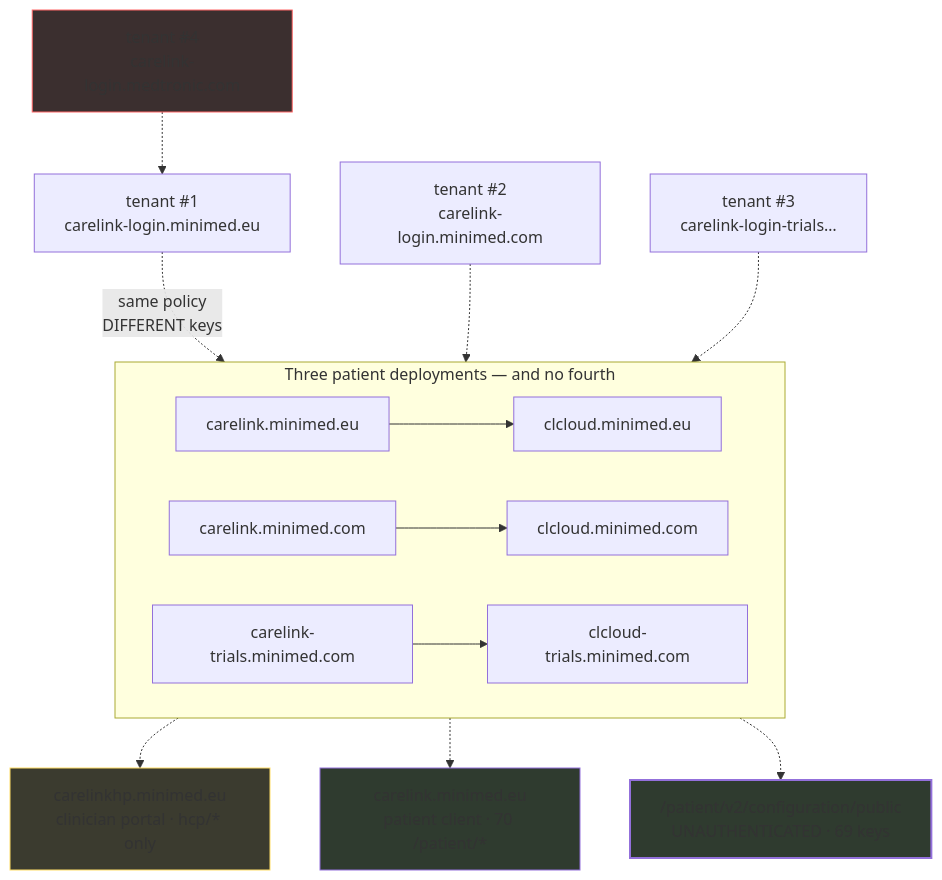
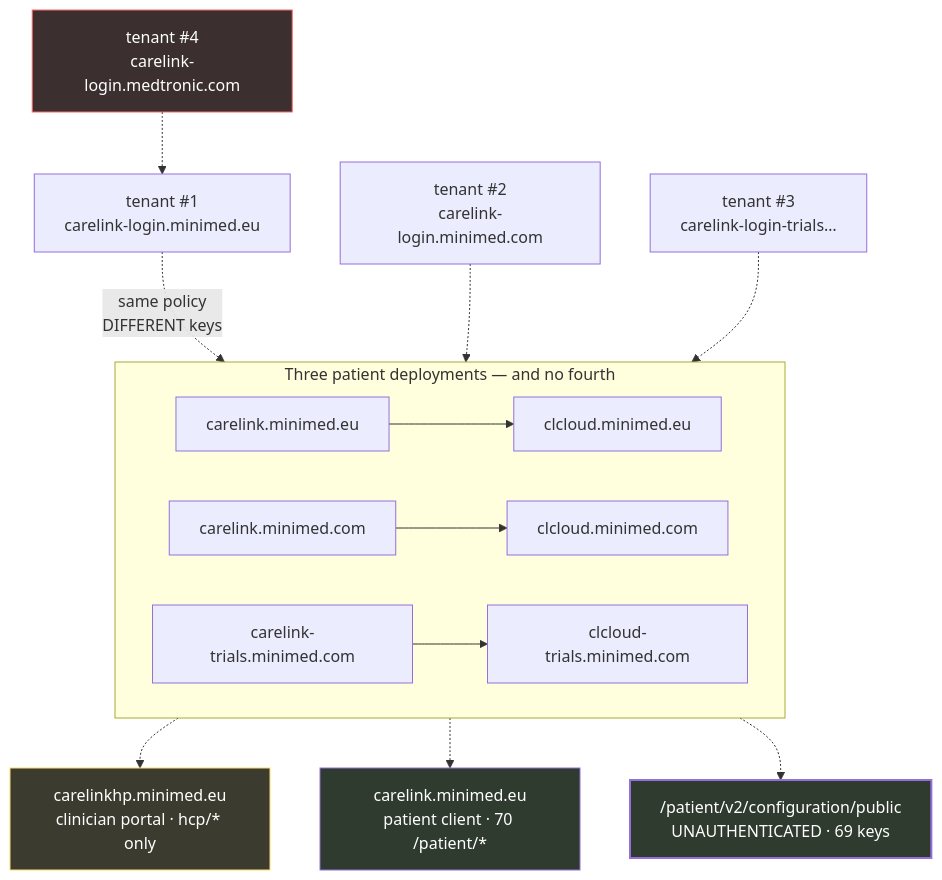
Before and after one commit to NovaLux12/carelink-api-research: the third of 4 diagrams in README.md, drawn with Mermaid. The commit also changed other lines of this file, not shown here.

First line of the commit message:
README: light text on dark Mermaid nodes

````diff
--- a/README.md
+++ b/README.md
@@ -121,24 +121,24 @@
 ```mermaid
 flowchart TB
     subgraph E["Three patient deployments — and no fourth"]
         direction LR
         e1["carelink.minimed.eu"] --> e2["clcloud.minimed.eu"]
         u1["carelink.minimed.com"] --> u2["clcloud.minimed.com"]
         t1["carelink-trials.minimed.com"] --> t2["clcloud-trials.minimed.com"]
     end
     a1["tenant #1<br/>carelink-login.minimed.eu"] -. "same policy<br/>DIFFERENT keys" .-> e1
     a2["tenant #2<br/>carelink-login.minimed.com"] -.-> u1
     a3["tenant #3<br/>carelink-login-trials…"] -.-> t1
     s["tenant #4<br/>carelink-login.medtronic.com"]
     s -.-> a1
     g["carelinkhp.minimed.eu<br/>clinician portal · hcp/* only"]
     e1 -.-> g
     p["carelink.minimed.eu<br/>patient client · 70 /patient/*"]
     e1 -.-> p
     cfg["/patient/v2/configuration/public<br/>UNAUTHENTICATED · 69 keys"]
     e1 -.-> cfg
-    style s fill:#3b2f2f,stroke:#f66
-    style cfg fill:#2f3b2f,stroke:#6f,stroke-width:2px
-    style p fill:#2f3b2f,stroke:#6f
-    style g fill:#3b3b2f,stroke:#fd6
+    style s fill:#3b2f2f,stroke:#f66,color:#fff
+    style cfg fill:#2f3b2f,stroke:#6f,stroke-width:2px,color:#fff
+    style p fill:#2f3b2f,stroke:#6f,color:#fff
+    style g fill:#3b3b2f,stroke:#fd6,color:#fff
 ```
````
